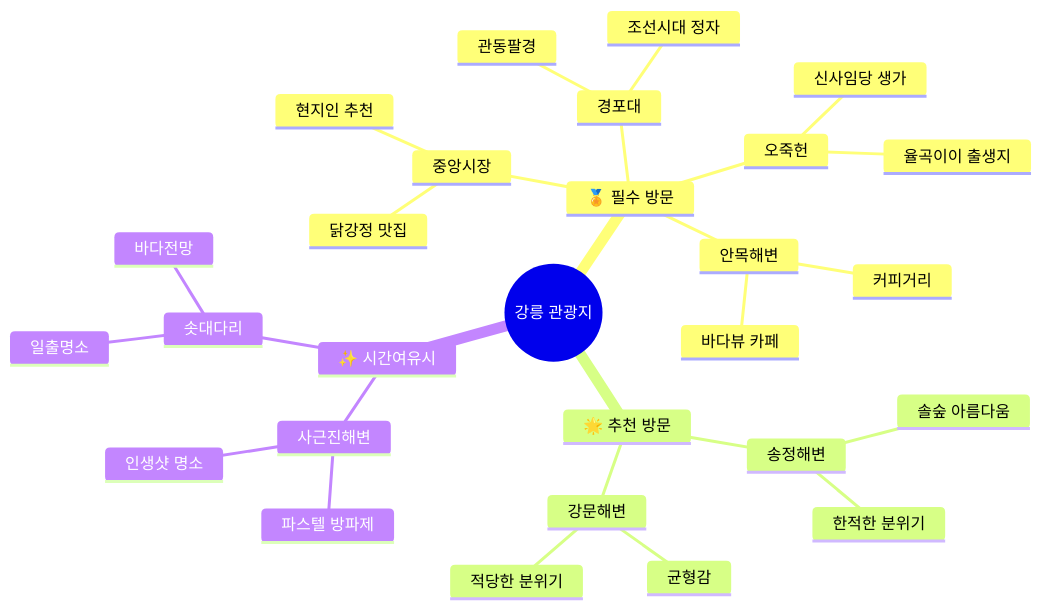
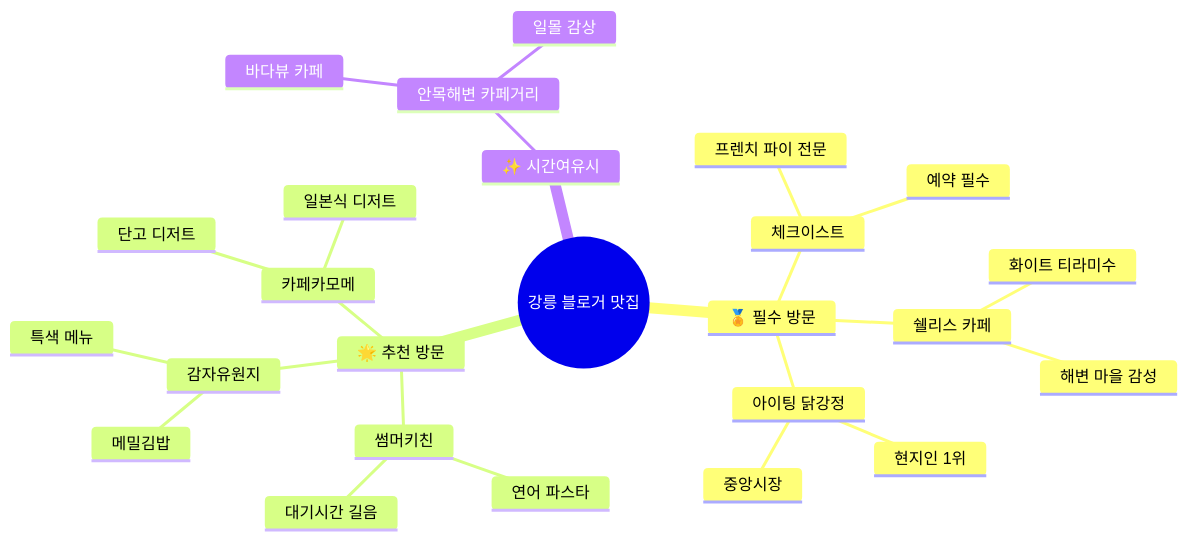
One commit to didghwns0514/matjib_search changed the sixth of 6 diagrams in travel-course-mermaid.md. Above: the diagram before and after it, drawn with Mermaid. The commit also changed other lines of this file and 3 other files, not shown here.

````diff
--- a/travel-course-mermaid.md
+++ b/travel-course-mermaid.md
@@ -162,31 +180,28 @@
 ```mermaid
 mindmap
-    root((강릉 관광지))
+    root((강릉 블로거 맛집))
         🏅 필수 방문
-            중앙시장
-                닭강정 맛집
-                현지인 추천
-            경포대
-                관동팔경
-                조선시대 정자
-            오죽헌
-                신사임당 생가
-                율곡이이 출생지
-            안목해변
-                커피거리
+            체크이스트
+                프렌치 파이 전문
+                예약 필수
+            쉘리스 카페
+                화이트 티라미수
+                해변 마을 감성
+            아이팅 닭강정
+                현지인 1위
+                중앙시장
+        🌟 추천 방문
+            썸머키친
+                연어 파스타
+                대기시간 길음
+            감자유원지
+                메밀김밥
+                특색 메뉴
+            카페카모메
+                단고 디저트
+                일본식 디저트
+        ✨ 시간여유시
+            안목해변 카페거리
                 바다뷰 카페
-        🌟 추천 방문
-            송정해변
-                솔숲 아름다움
-                한적한 분위기
-            강문해변
-                적당한 분위기
-                균형감
-        ✨ 시간여유시
-            사근진해변
-                파스텔 방파제
-                인생샷 명소
-            솟대다리
-                일출명소
-                바다전망
+                일몰 감상
 ```
````
